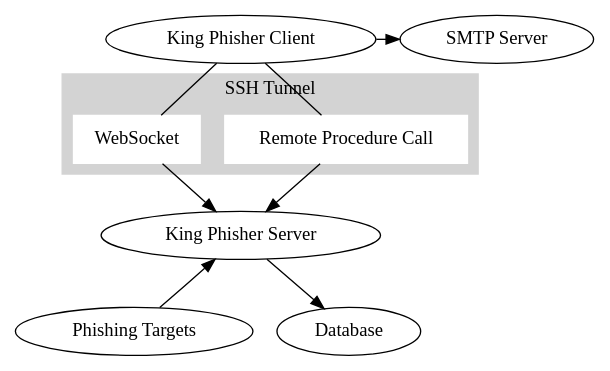
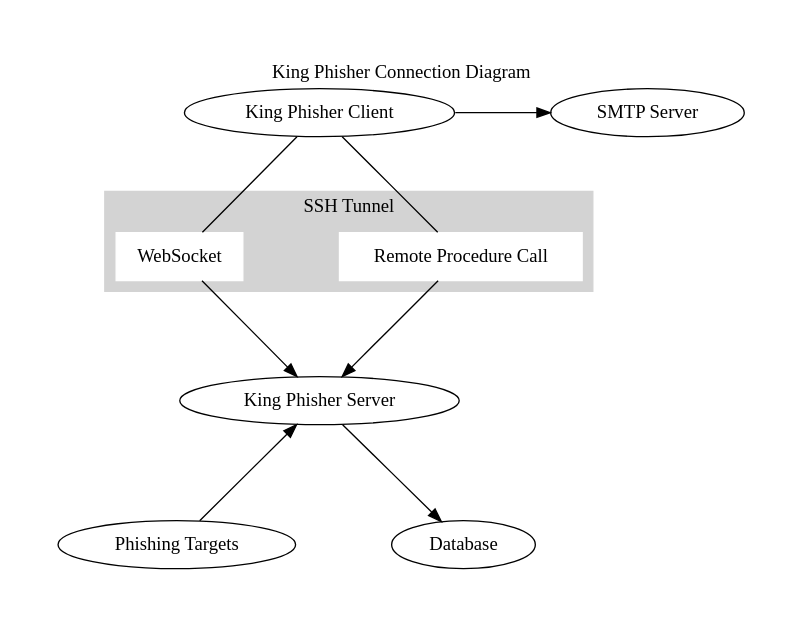
One commit to rsmusllp/king-phisher changed the diagram in docs/source/development/architecture.dot. Above: the diagram before and after it, drawn with Graphviz. The commit also changed 3 other files, not shown here.

Commit message:
Add signal architecture documentation

```diff
--- a/docs/source/development/architecture.dot
+++ b/docs/source/development/architecture.dot
@@ -1,30 +1,32 @@
 // diagram overview of the king phisher architecture
 digraph {
+    graph [pad="0.5", nodesep="1", ranksep="1"];
+    label="King Phisher Connection Diagram";
+    labelloc="t";
+
     {rank=same; KingPhisherClient; SMTPServer}
     {rank=same; Database; PhishingTargets}
 
     Database
-    KingPhisherClient
-    KingPhisherClient  [label="King Phisher Client"];
+    KingPhisherClient  [label="King Phisher Client"]
     KingPhisherServer  [label="King Phisher Server"]
     PhishingTargets    [label="Phishing Targets"]
     RPC                [color=white; shape=box; style=filled; label="Remote Procedure Call"]
     SMTPServer         [label="SMTP Server"]
     WebSocket          [color=white; shape=box; style=filled]
 
-
-    subgraph cluster_0 {
+    subgraph cluster_SSHTunnel {
         color = lightgray;
         label = "SSH Tunnel";
         style = filled;
         RPC WebSocket;
     }
 
     KingPhisherClient       -> SMTPServer
     KingPhisherClient       -> WebSocket         [arrowhead=none]
     WebSocket               -> KingPhisherServer
     KingPhisherClient       -> RPC               [arrowhead=none]
     KingPhisherServer       -> Database
     PhishingTargets         -> KingPhisherServer
     RPC                     -> KingPhisherServer
 }
```
